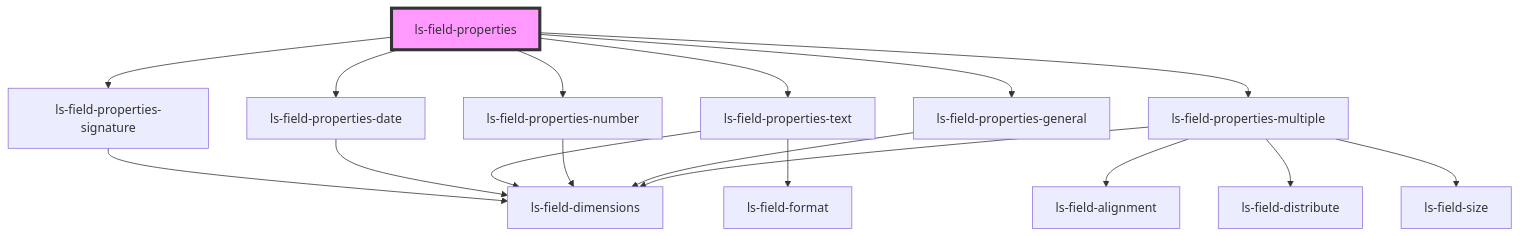
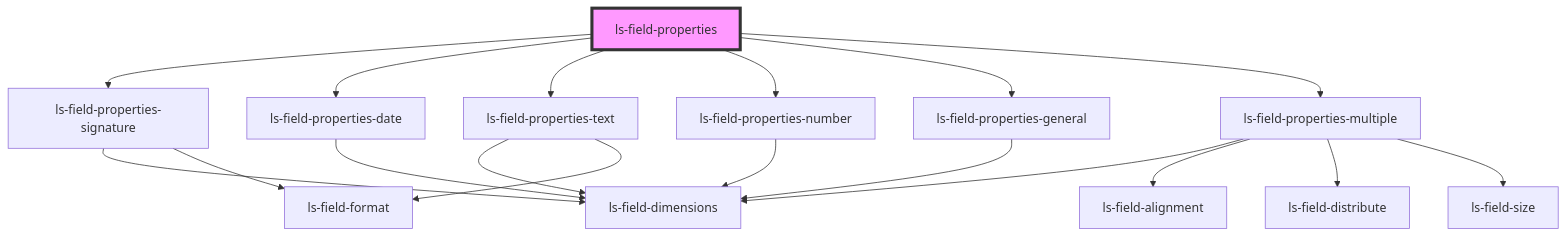
The diagram in src/components/ls-field-properties/readme.md (legalesign/ls-document-viewer), drawn with Mermaid before and after one commit. The commit also changed 24 other files, not shown here.

````diff
--- a/src/components/ls-field-properties/readme.md
+++ b/src/components/ls-field-properties/readme.md
@@ -27,20 +27,21 @@
 ```mermaid
 graph TD;
   ls-field-properties --> ls-field-properties-signature
   ls-field-properties --> ls-field-properties-date
   ls-field-properties --> ls-field-properties-text
   ls-field-properties --> ls-field-properties-number
   ls-field-properties --> ls-field-properties-general
   ls-field-properties --> ls-field-properties-multiple
   ls-field-properties-signature --> ls-field-dimensions
+  ls-field-properties-signature --> ls-field-format
   ls-field-properties-date --> ls-field-dimensions
   ls-field-properties-text --> ls-field-dimensions
   ls-field-properties-text --> ls-field-format
   ls-field-properties-number --> ls-field-dimensions
   ls-field-properties-general --> ls-field-dimensions
   ls-field-properties-multiple --> ls-field-dimensions
   ls-field-properties-multiple --> ls-field-alignment
   ls-field-properties-multiple --> ls-field-distribute
   ls-field-properties-multiple --> ls-field-size
   style ls-field-properties fill:#f9f,stroke:#333,stroke-width:4px
 ```
````
